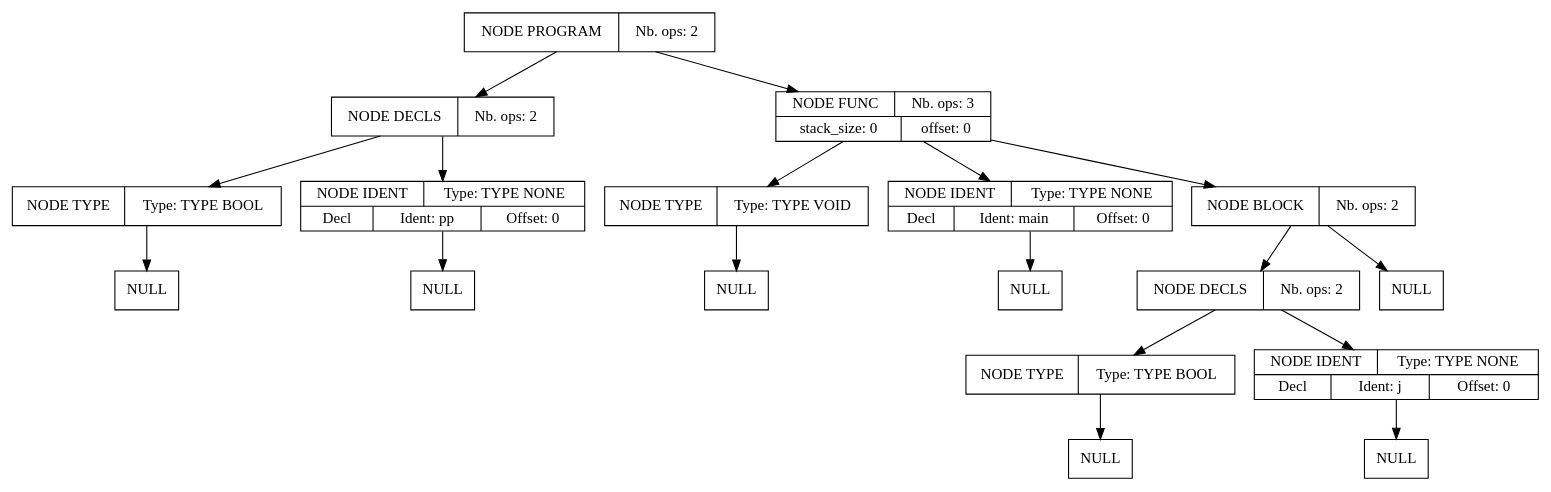
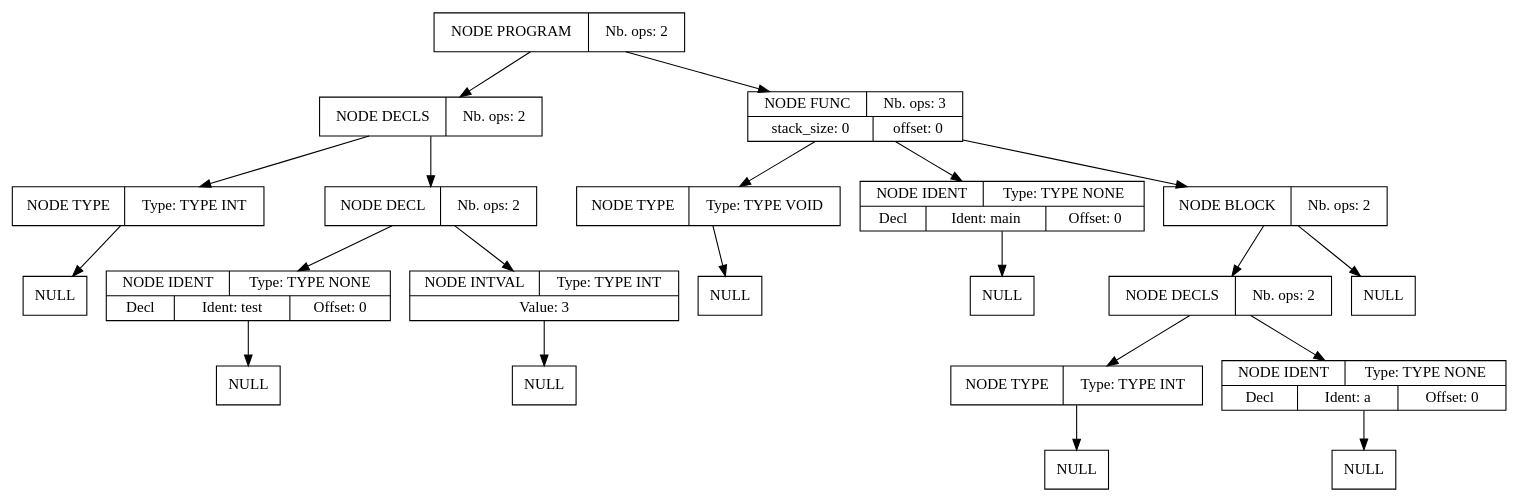
One commit to Serial-DeV/Compilation changed the diagram in projet_compilation_src/src/fichier_dump.dot. Above: the diagram before and after it, drawn with Graphviz. The commit also changed 2 other files, not shown here.

```diff
--- a/projet_compilation_src/src/fichier_dump.dot
+++ b/projet_compilation_src/src/fichier_dump.dot
@@ -1,54 +1,63 @@
 digraph global_vars {
     N1 [shape=record, label="{{NODE PROGRAM|Nb. ops: 2}}"];
     N2 [shape=record, label="{{NODE DECLS|Nb. ops: 2}}"];
-    N3 [shape=record, label="{{NODE TYPE|Type: TYPE BOOL}}"];
+    N3 [shape=record, label="{{NODE TYPE|Type: TYPE INT}}"];
     N4 [shape=record, label="{{NULL}}"];
     edge[tailclip=true];
     N3 -> N4
     edge[tailclip=true];
     N2 -> N3
-    N5 [shape=record, label="{{NODE IDENT|Type: TYPE NONE}|{<decl>Decl      |Ident: pp|Offset: 0}}"];
-    N6 [shape=record, label="{{NULL}}"];
+    N5 [shape=record, label="{{NODE DECL|Nb. ops: 2}}"];
+    N6 [shape=record, label="{{NODE IDENT|Type: TYPE NONE}|{<decl>Decl      |Ident: test|Offset: 0}}"];
+    N7 [shape=record, label="{{NULL}}"];
+    edge[tailclip=true];
+    N6 -> N7
     edge[tailclip=true];
     N5 -> N6
+    N8 [shape=record, label="{{NODE INTVAL|Type: TYPE INT}|{Value: 3}}"];
+    N9 [shape=record, label="{{NULL}}"];
+    edge[tailclip=true];
+    N8 -> N9
+    edge[tailclip=true];
+    N5 -> N8
     edge[tailclip=true];
     N2 -> N5
     edge[tailclip=true];
     N1 -> N2
-    N7 [shape=record, label="{{NODE FUNC|Nb. ops: 3}|{stack_size: 0|offset: 0}}"];
-    N8 [shape=record, label="{{NODE TYPE|Type: TYPE VOID}}"];
-    N9 [shape=record, label="{{NULL}}"];
+    N10 [shape=record, label="{{NODE FUNC|Nb. ops: 3}|{stack_size: 0|offset: 0}}"];
+    N11 [shape=record, label="{{NODE TYPE|Type: TYPE VOID}}"];
+    N12 [shape=record, label="{{NULL}}"];
     edge[tailclip=true];
-    N8 -> N9
-    edge[tailclip=true];
-    N7 -> N8
-    N10 [shape=record, label="{{NODE IDENT|Type: TYPE NONE}|{<decl>Decl      |Ident: main|Offset: 0}}"];
-    N11 [shape=record, label="{{NULL}}"];
+    N11 -> N12
     edge[tailclip=true];
     N10 -> N11
-    edge[tailclip=true];
-    N7 -> N10
-    N12 [shape=record, label="{{NODE BLOCK|Nb. ops: 2}}"];
-    N13 [shape=record, label="{{NODE DECLS|Nb. ops: 2}}"];
-    N14 [shape=record, label="{{NODE TYPE|Type: TYPE BOOL}}"];
-    N15 [shape=record, label="{{NULL}}"];
-    edge[tailclip=true];
-    N14 -> N15
+    N13 [shape=record, label="{{NODE IDENT|Type: TYPE NONE}|{<decl>Decl      |Ident: main|Offset: 0}}"];
+    N14 [shape=record, label="{{NULL}}"];
     edge[tailclip=true];
     N13 -> N14
-    N16 [shape=record, label="{{NODE IDENT|Type: TYPE NONE}|{<decl>Decl      |Ident: j|Offset: 0}}"];
-    N17 [shape=record, label="{{NULL}}"];
+    edge[tailclip=true];
+    N10 -> N13
+    N15 [shape=record, label="{{NODE BLOCK|Nb. ops: 2}}"];
+    N16 [shape=record, label="{{NODE DECLS|Nb. ops: 2}}"];
+    N17 [shape=record, label="{{NODE TYPE|Type: TYPE INT}}"];
+    N18 [shape=record, label="{{NULL}}"];
+    edge[tailclip=true];
+    N17 -> N18
     edge[tailclip=true];
     N16 -> N17
+    N19 [shape=record, label="{{NODE IDENT|Type: TYPE NONE}|{<decl>Decl      |Ident: a|Offset: 0}}"];
+    N20 [shape=record, label="{{NULL}}"];
     edge[tailclip=true];
-    N13 -> N16
+    N19 -> N20
     edge[tailclip=true];
-    N12 -> N13
-    N18 [shape=record, label="{{NULL}}"];
+    N16 -> N19
     edge[tailclip=true];
-    N12 -> N18
+    N15 -> N16
+    N21 [shape=record, label="{{NULL}}"];
     edge[tailclip=true];
-    N7 -> N12
+    N15 -> N21
     edge[tailclip=true];
-    N1 -> N7
+    N10 -> N15
+    edge[tailclip=true];
+    N1 -> N10
 }
```
